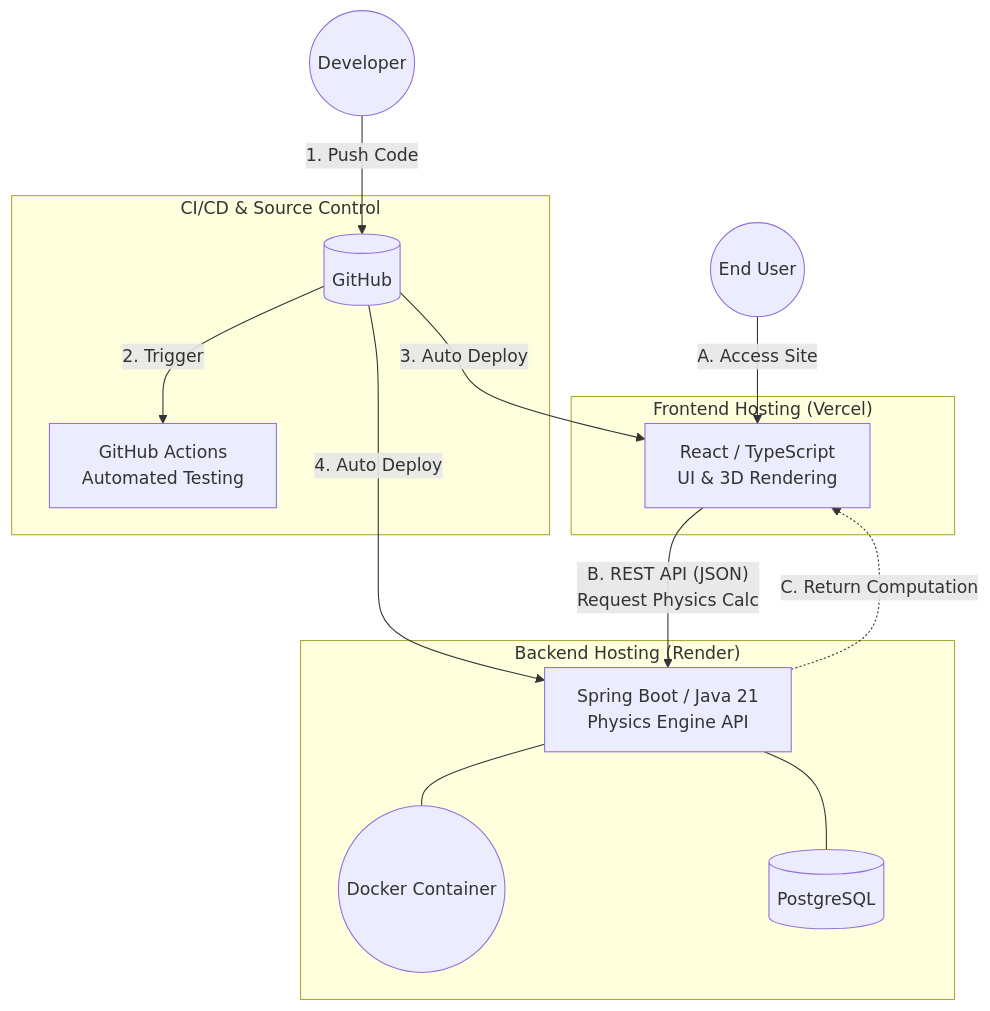
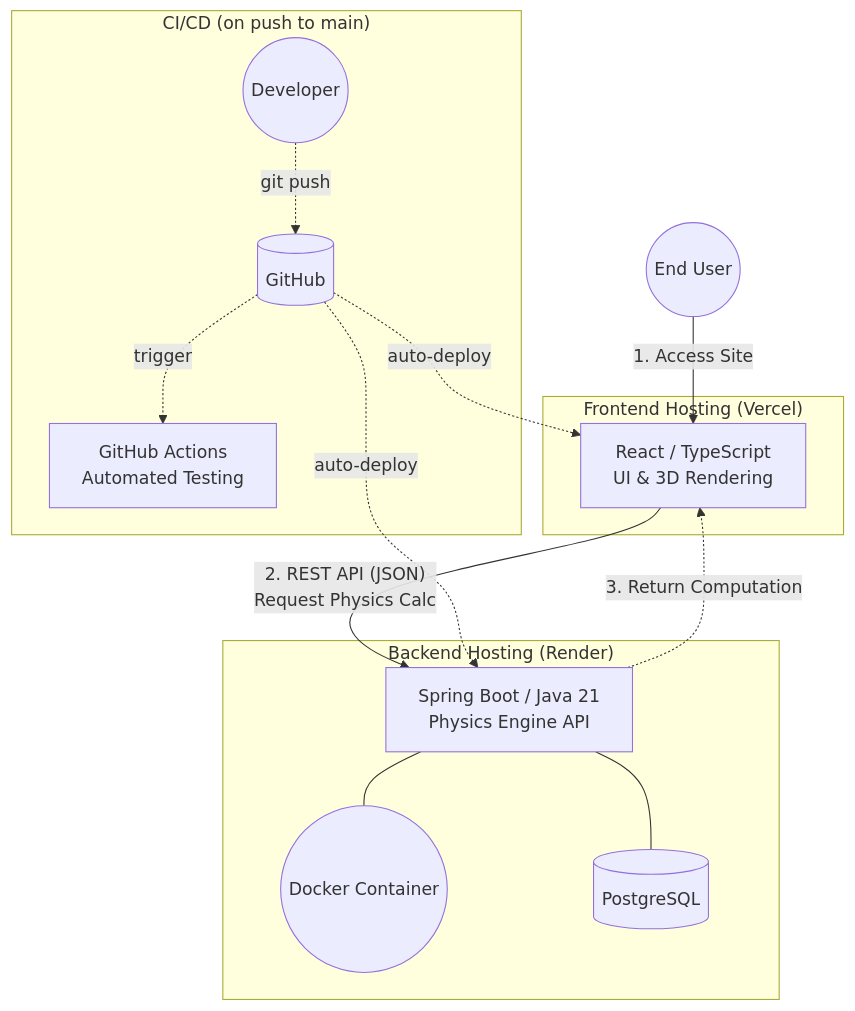
Before and after one commit to haku3782/darts-sim: the diagram in README.md, drawn with Mermaid. The commit also changed 1 other file, not shown here.

Commit message:
システムアーキテクチャ図をランタイム視点優先の構成に変更
ユーザーリクエストフローを主軸（実線・番号付き）にし、CI/CDのPush/デプロイフローは従属的な点線サブグラフに整理

````diff
--- a/README.md
+++ b/README.md
@@ -48,31 +48,27 @@
 ```mermaid
 graph TD
-    Dev((Developer))
     User((End User))
 
     subgraph "Frontend Hosting (Vercel)"
         React[React / TypeScript<br/>UI & 3D Rendering]
     end
 
     subgraph "Backend Hosting (Render)"
         Spring[Spring Boot / Java 21<br/>Physics Engine API]
         Docker((Docker Container))
         DB[(PostgreSQL)]
         Spring --- Docker
         Spring --- DB
     end
 
-    subgraph "CI/CD & Source Control"
-        Repo[(GitHub)]
-        Actions[GitHub Actions<br/>Automated Testing]
+    User -->|"1. Access Site"| React
+    React -->|"2. REST API (JSON)<br/>Request Physics Calc"| Spring
+    Spring -.->|"3. Return Computation"| React
+
+    subgraph "CI/CD (on push to main)"
+        Dev((Developer)) -.->|"git push"| Repo[(GitHub)]
+        Repo -.->|"trigger"| Actions[GitHub Actions<br/>Automated Testing]
+        Repo -.->|"auto-deploy"| React
+        Repo -.->|"auto-deploy"| Spring
     end
-
-    Dev -->|"1. Push Code"| Repo
-    Repo -->|"2. Trigger"| Actions
-    Repo -->|"3. Auto Deploy"| React
-    Repo -->|"4. Auto Deploy"| Spring
-
-    User -->|"A. Access Site"| React
-    React -->|"B. REST API (JSON)<br/>Request Physics Calc"| Spring
-    Spring -.->|"C. Return Computation"| React
 ```
````
